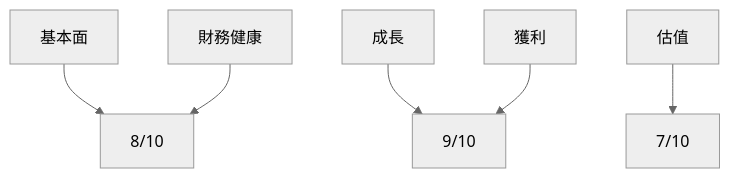
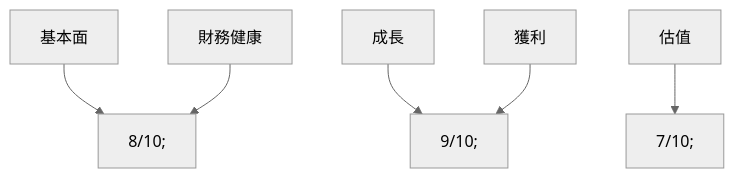
The first of 11 diagrams in ai_gen_report/stock/goog/fundamental_analysis_2026-03-23_openai.md (yennanliu/finance_data), drawn with Mermaid (neutral theme) before and after one commit. The commit also changed other lines of this file and 2258 other files, not shown here.

First line of the commit message:
chore: backfill Mermaid syntax repair across existing reports

````diff
--- a/ai_gen_report/stock/goog/fundamental_analysis_2026-03-23_openai.md
+++ b/ai_gen_report/stock/goog/fundamental_analysis_2026-03-23_openai.md
@@ -29,8 +29,8 @@
 ```mermaid
 graph TD;
-    基本面-->8/10;
-    成長-->9/10;
-    獲利-->9/10;
-    財務健康-->8/10;
-    估值-->7/10;
+    基本面 --> nb1["8/10;"]
+    成長 --> nb2["9/10;"]
+    獲利 --> nb2["9/10;"]
+    財務健康 --> nb1["8/10;"]
+    估值 --> nb3["7/10;"]
 ```
````
